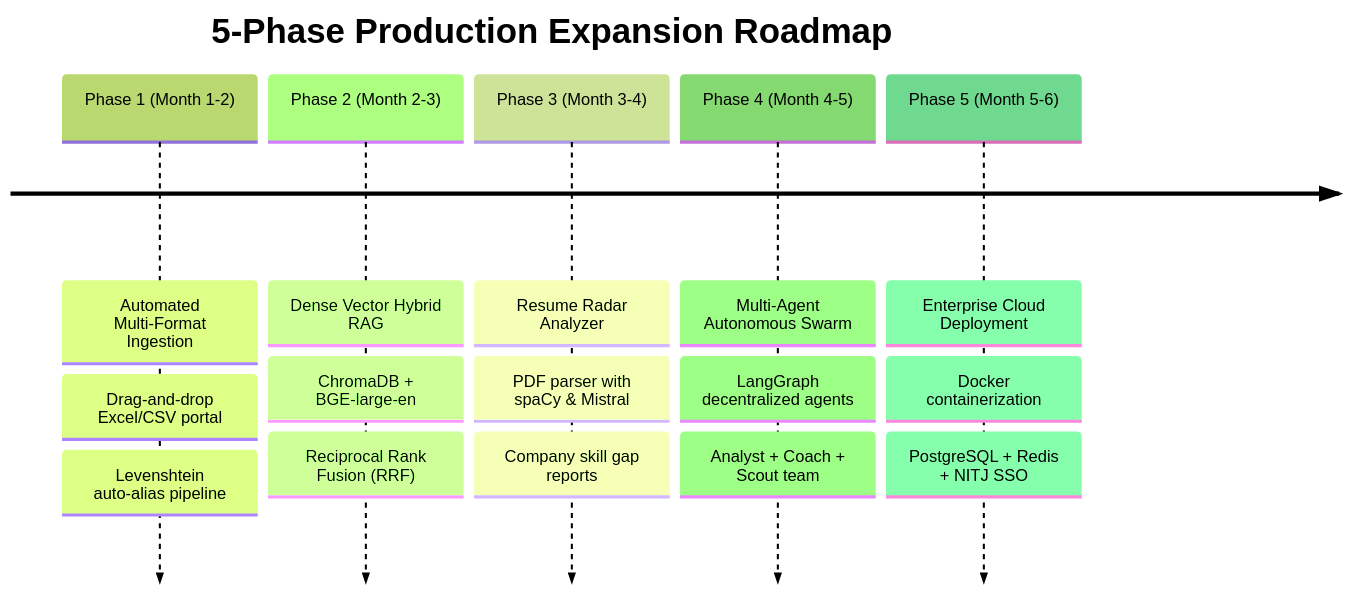
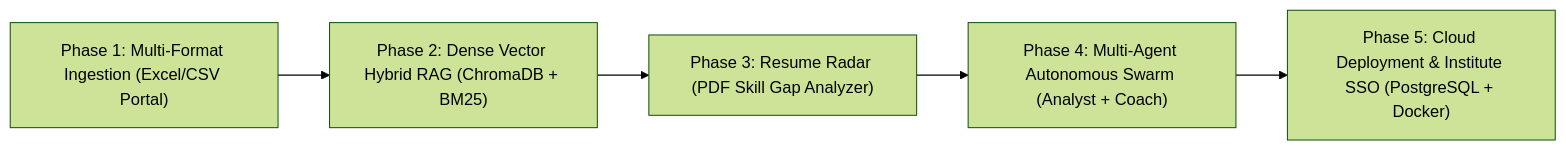
The fourth of 4 diagrams in README.md (vijaysolanki9079/AI-Assistent-ChatBot-NIT-J), drawn with Mermaid (forest theme) before and after one commit. The commit also changed other lines of this file, not shown here.

Commit message:
updated-readme

````diff
--- a/README.md
+++ b/README.md
@@ -397,9 +398,7 @@
 ```mermaid
-timeline
-    title 5-Phase Production Expansion Roadmap
-    Phase 1 (Month 1-2) : Automated Multi-Format Ingestion : Drag-and-drop Excel/CSV portal : Levenshtein auto-alias pipeline
-    Phase 2 (Month 2-3) : Dense Vector Hybrid RAG : ChromaDB + BGE-large-en : Reciprocal Rank Fusion (RRF)
-    Phase 3 (Month 3-4) : Resume Radar Analyzer : PDF parser with spaCy & Mistral : Company skill gap reports
-    Phase 4 (Month 4-5) : Multi-Agent Autonomous Swarm : LangGraph decentralized agents : Analyst + Coach + Scout team
-    Phase 5 (Month 5-6) : Enterprise Cloud Deployment : Docker containerization : PostgreSQL + Redis + NITJ SSO
+flowchart LR
+    P1["Phase 1: Multi-Format Ingestion (Excel/CSV Portal)"] --> P2["Phase 2: Dense Vector Hybrid RAG (ChromaDB + BM25)"]
+    P2 --> P3["Phase 3: Resume Radar (PDF Skill Gap Analyzer)"]
+    P3 --> P4["Phase 4: Multi-Agent Autonomous Swarm (Analyst + Coach)"]
+    P4 --> P5["Phase 5: Cloud Deployment & Institute SSO (PostgreSQL + Docker)"]
 ```
````
